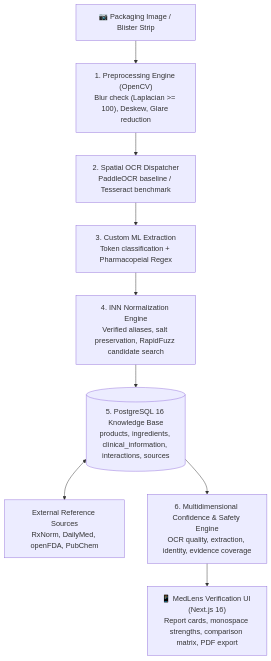
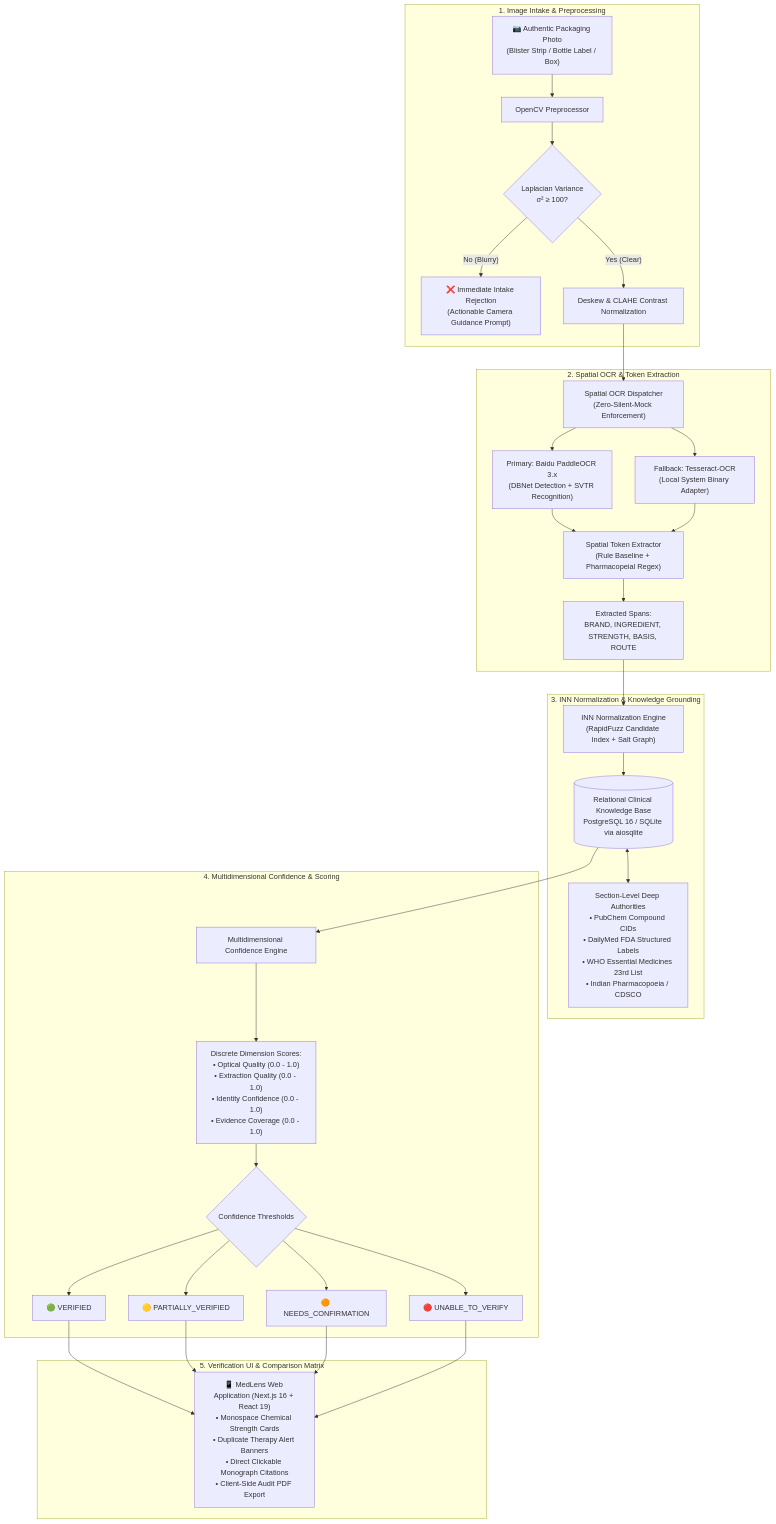
Before and after one commit to UdeepChowdary/MedLens: the diagram in README.md, drawn with Mermaid. The commit also changed other lines of this file, not shown here.

Commit message:
docs(readme): elevate root README with custom clinical typography header and full system documentation

````diff
--- a/README.md
+++ b/README.md
@@ -66,11 +95,38 @@
 ```mermaid
 flowchart TD
-    A["📷 Packaging Image / Blister Strip"] --> B["1. Preprocessing Engine (OpenCV)<br/>Blur check (Laplacian >= 100), Deskew, Glare reduction"]
-    B --> C["2. Spatial OCR Dispatcher<br/>PaddleOCR baseline / Tesseract benchmark"]
-    C --> D["3. Custom ML Extraction<br/>Token classification + Pharmacopeial Regex"]
-    D --> E["4. INN Normalization Engine<br/>Verified aliases, salt preservation, RapidFuzz candidate search"]
-    E --> F[("5. PostgreSQL 16 Knowledge Base<br/>products, ingredients, clinical_information, interactions, sources")]
-    F <--> G["External Reference Sources<br/>RxNorm, DailyMed, openFDA, PubChem"]
-    F --> H["6. Multidimensional Confidence & Safety Engine<br/>OCR quality, extraction, identity, evidence coverage"]
-    H --> I["📱 MedLens Verification UI (Next.js 16)<br/>Report cards, monospace strengths, comparison matrix, PDF export"]
+    subgraph Intake ["1. Image Intake & Preprocessing"]
+        A["📷 Authentic Packaging Photo<br/>(Blister Strip / Bottle Label / Box)"] --> B["OpenCV Preprocessor"]
+        B --> B1{"Laplacian Variance<br/>σ² ≥ 100?"}
+        B1 -- "No (Blurry)" --> B2["❌ Immediate Intake Rejection<br/>(Actionable Camera Guidance Prompt)"]
+        B1 -- "Yes (Clear)" --> B3["Deskew & CLAHE Contrast Normalization"]
+    end
+
+    subgraph Vision ["2. Spatial OCR & Token Extraction"]
+        B3 --> C["Spatial OCR Dispatcher<br/>(Zero-Silent-Mock Enforcement)"]
+        C --> C1["Primary: Baidu PaddleOCR 3.x<br/>(DBNet Detection + SVTR Recognition)"]
+        C --> C2["Fallback: Tesseract-OCR<br/>(Local System Binary Adapter)"]
+        C1 --> D["Spatial Token Extractor<br/>(Rule Baseline + Pharmacopeial Regex)"]
+        C2 --> D
+        D --> D1["Extracted Spans:<br/>BRAND, INGREDIENT, STRENGTH, BASIS, ROUTE"]
+    end
+
+    subgraph Normalization ["3. INN Normalization & Knowledge Grounding"]
+        D1 --> E["INN Normalization Engine<br/>(RapidFuzz Candidate Index + Salt Graph)"]
+        E --> F[("Relational Clinical Knowledge Base<br/>PostgreSQL 16 / SQLite via aiosqlite")]
+        F <--> G["Section-Level Deep Authorities<br/>• PubChem Compound CIDs<br/>• DailyMed FDA Structured Labels<br/>• WHO Essential Medicines 23rd List<br/>• Indian Pharmacopoeia / CDSCO"]
+    end
+
+    subgraph Verification ["4. Multidimensional Confidence & Scoring"]
+        F --> H["Multidimensional Confidence Engine"]
+        H --> H1["Discrete Dimension Scores:<br/>• Optical Quality (0.0 - 1.0)<br/>• Extraction Quality (0.0 - 1.0)<br/>• Identity Confidence (0.0 - 1.0)<br/>• Evidence Coverage (0.0 - 1.0)"]
+        H1 --> H2{"Confidence Thresholds"}
+        H2 --> I1["🟢 VERIFIED"]
+        H2 --> I2["🟡 PARTIALLY_VERIFIED"]
+        H2 --> I3["🟠 NEEDS_CONFIRMATION"]
+        H2 --> I4["🔴 UNABLE_TO_VERIFY"]
+    end
+
+    subgraph Client ["5. Verification UI & Comparison Matrix"]
+        I1 & I2 & I3 & I4 --> J["📱 MedLens Web Application (Next.js 16 + React 19)<br/>• Monospace Chemical Strength Cards<br/>• Duplicate Therapy Alert Banners<br/>• Direct Clickable Monograph Citations<br/>• Client-Side Audit PDF Export"]
+    end
 ```
````
